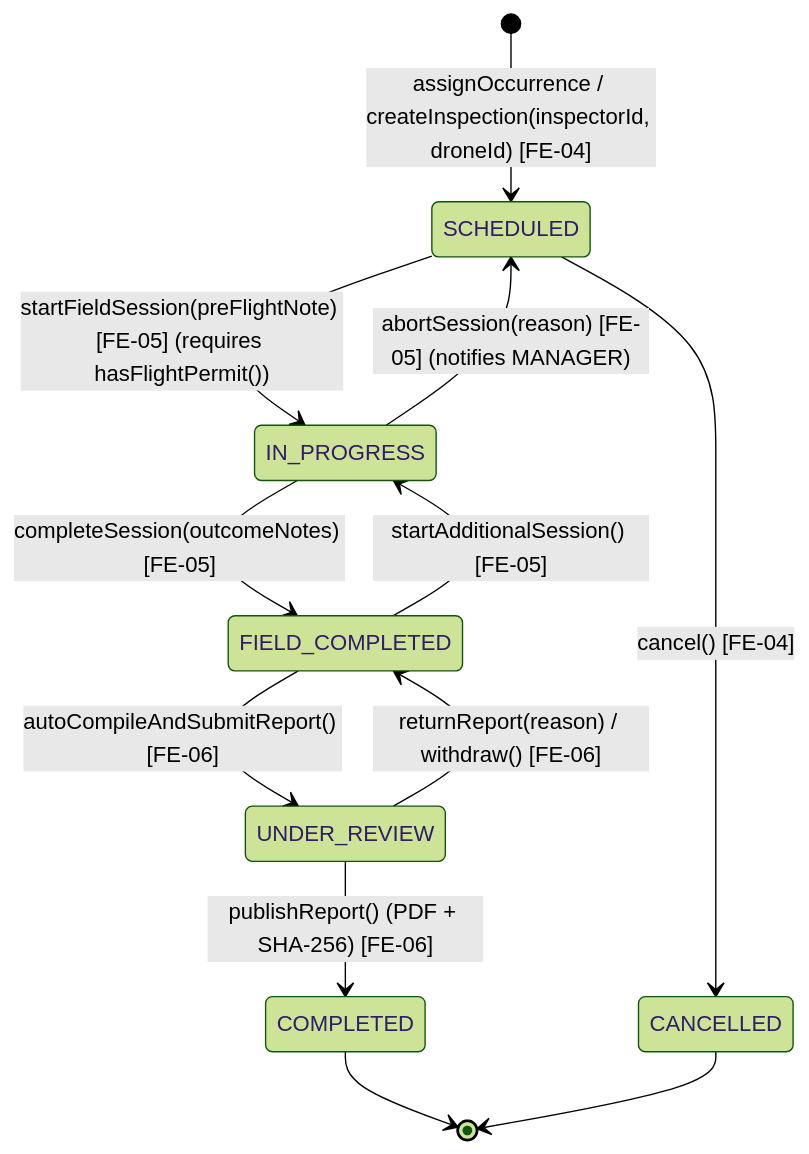
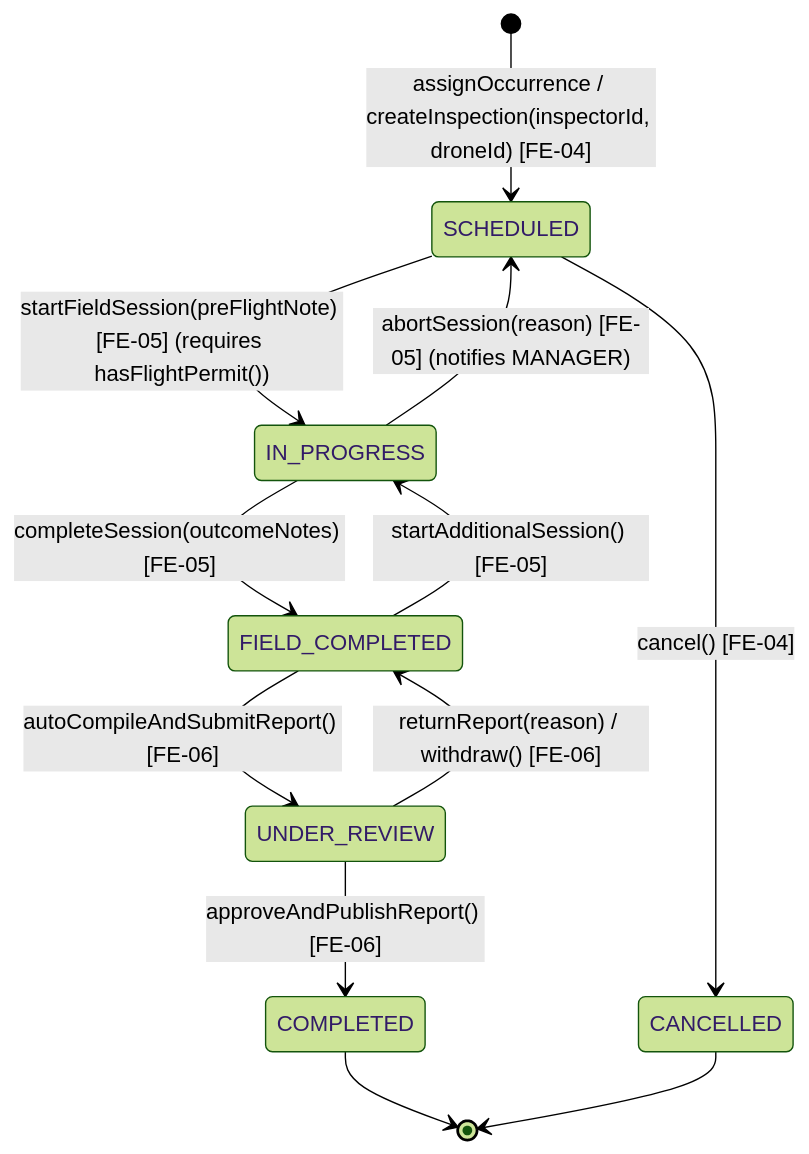
The third of 5 diagrams in reports/report-4-software-design-document/02-database-design.md (tungbach12/SmartDroneInspection-Docs), drawn with Mermaid (forest theme) before and after one commit. The commit also changed other lines of this file and 9 other files, not shown here.

````diff
--- a/reports/report-4-software-design-document/02-database-design.md
+++ b/reports/report-4-software-design-document/02-database-design.md
@@ -689,16 +689,16 @@
 ```mermaid
 %% title: Inspection, FieldSession and InspectionReport State Machine Diagram
 stateDiagram-v2
   direction TB
   [*] --> SCHEDULED : assignOccurrence / createInspection(inspectorId, droneId) [FE-04]
   SCHEDULED --> IN_PROGRESS : startFieldSession(preFlightNote) [FE-05] (requires hasFlightPermit())
   IN_PROGRESS --> SCHEDULED : abortSession(reason) [FE-05] (notifies MANAGER)
   IN_PROGRESS --> FIELD_COMPLETED : completeSession(outcomeNotes) [FE-05]
   FIELD_COMPLETED --> IN_PROGRESS : startAdditionalSession() [FE-05]
   FIELD_COMPLETED --> UNDER_REVIEW : autoCompileAndSubmitReport() [FE-06]
   UNDER_REVIEW --> FIELD_COMPLETED : returnReport(reason) / withdraw() [FE-06]
-  UNDER_REVIEW --> COMPLETED : publishReport() (PDF + SHA-256) [FE-06]
+  UNDER_REVIEW --> COMPLETED : approveAndPublishReport() [FE-06]
   SCHEDULED --> CANCELLED : cancel() [FE-04]
   COMPLETED --> [*]
   CANCELLED --> [*]
 ```
````
